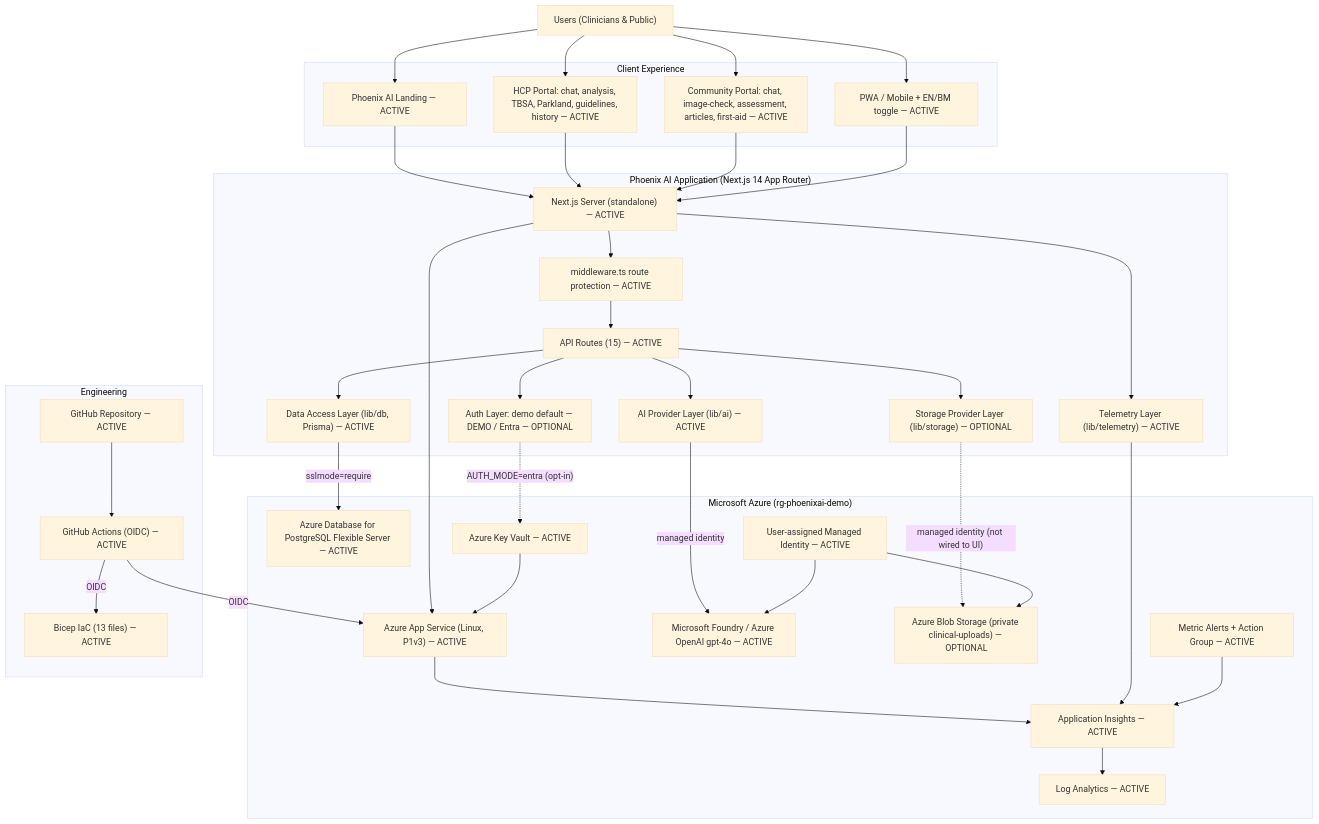
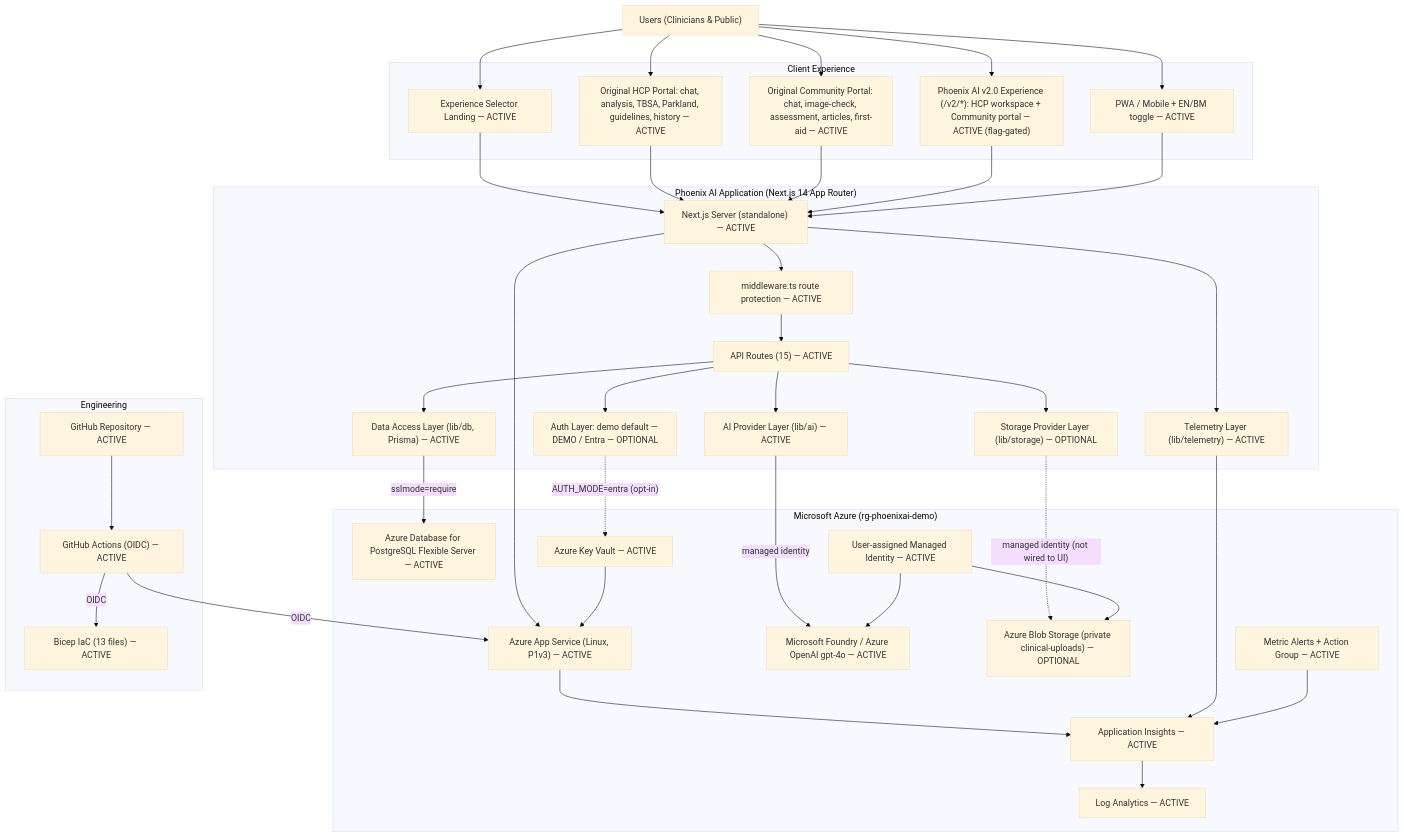
One commit to polyfuze4336-bot/phoenix-ai-azure changed the diagram in docs/architecture/current-architecture.md. Above: the diagram before and after it, drawn with Mermaid (base theme). The commit also changed other lines of this file and 64 other files, not shown here.

Commit message:
feat: introduce Phoenix AI v2 enhanced experience while preserving original

````diff
--- a/docs/architecture/current-architecture.md
+++ b/docs/architecture/current-architecture.md
@@ -54,76 +54,79 @@
 ```mermaid
 flowchart TB
     Users["Users (Clinicians & Public)"]
 
     subgraph CLIENT["Client Experience"]
-        Landing["Phoenix AI Landing — ACTIVE"]
-        HCP["HCP Portal: chat, analysis, TBSA, Parkland, guidelines, history — ACTIVE"]
-        Community["Community Portal: chat, image-check, assessment, articles, first-aid — ACTIVE"]
+        Landing["Experience Selector Landing — ACTIVE"]
+        HCP["Original HCP Portal: chat, analysis, TBSA, Parkland, guidelines, history — ACTIVE"]
+        Community["Original Community Portal: chat, image-check, assessment, articles, first-aid — ACTIVE"]
+        V2["Phoenix AI v2.0 Experience (/v2/*): HCP workspace + Community portal — ACTIVE (flag-gated)"]
         PWA["PWA / Mobile + EN/BM toggle — ACTIVE"]
     end
 
     subgraph APP["Phoenix AI Application (Next.js 14 App Router)"]
         Next["Next.js Server (standalone) — ACTIVE"]
         MW["middleware.ts route protection — ACTIVE"]
         API["API Routes (15) — ACTIVE"]
         Auth["Auth Layer: demo default — DEMO / Entra — OPTIONAL"]
         AIProvider["AI Provider Layer (lib/ai) — ACTIVE"]
         Data["Data Access Layer (lib/db, Prisma) — ACTIVE"]
         Storage["Storage Provider Layer (lib/storage) — OPTIONAL"]
         Telemetry["Telemetry Layer (lib/telemetry) — ACTIVE"]
     end
 
     subgraph AZURE["Microsoft Azure (rg-phoenixai-demo)"]
         AppService["Azure App Service (Linux, P1v3) — ACTIVE"]
         Foundry["Microsoft Foundry / Azure OpenAI gpt-4o — ACTIVE"]
         PostgreSQL["Azure Database for PostgreSQL Flexible Server — ACTIVE"]
         Blob["Azure Blob Storage (private clinical-uploads) — OPTIONAL"]
         KV["Azure Key Vault — ACTIVE"]
         MI["User-assigned Managed Identity — ACTIVE"]
         Insights["Application Insights — ACTIVE"]
         Logs["Log Analytics — ACTIVE"]
         Alerts["Metric Alerts + Action Group — ACTIVE"]
     end
 
     subgraph DEVOPS["Engineering"]
         GitHub["GitHub Repository — ACTIVE"]
         Actions["GitHub Actions (OIDC) — ACTIVE"]
         Bicep["Bicep IaC (13 files) — ACTIVE"]
     end
 
     Users --> Landing
     Users --> HCP
     Users --> Community
+    Users --> V2
     Users --> PWA
 
     Landing --> Next
     HCP --> Next
     Community --> Next
+    V2 --> Next
     PWA --> Next
 
     Next --> MW
     MW --> API
     API --> Auth
     API --> AIProvider
     API --> Data
     API --> Storage
     Next --> Telemetry
 
     AIProvider -->|"managed identity"| Foundry
     Data -->|"sslmode=require"| PostgreSQL
     Storage -.->|"managed identity (not wired to UI)"| Blob
     Auth -.->|"AUTH_MODE=entra (opt-in)"| KV
 
     Next --> AppService
     AppService --> Insights
     Telemetry --> Insights
     Insights --> Logs
     Alerts --> Insights
     KV --> AppService
     MI --> Foundry
     MI --> Blob
 
     GitHub --> Actions
     Actions -->|"OIDC"| Bicep
     Actions -->|"OIDC"| AppService
 ```
````
